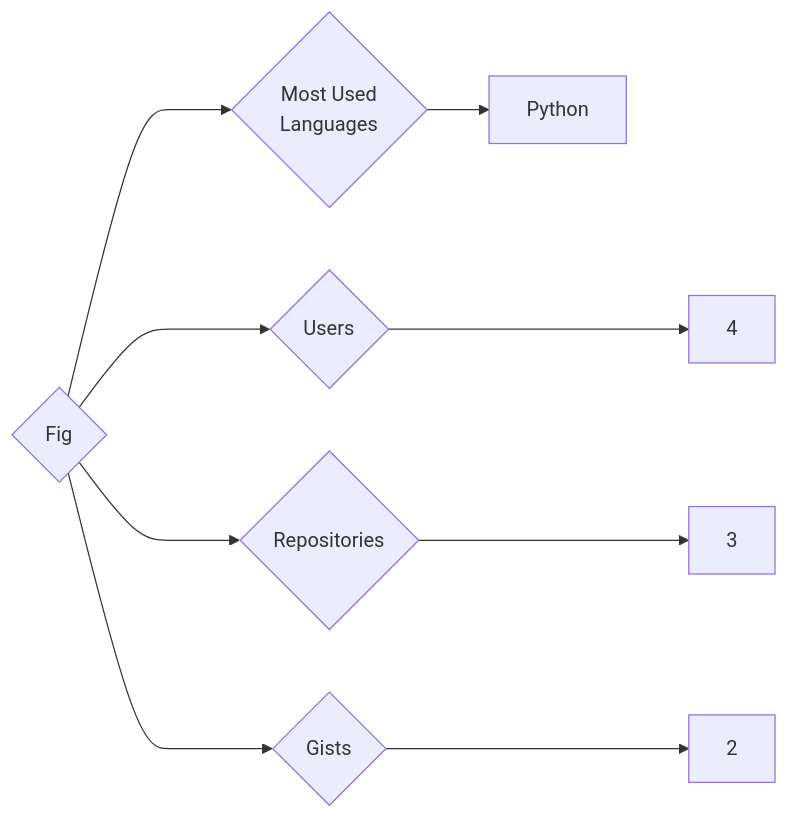
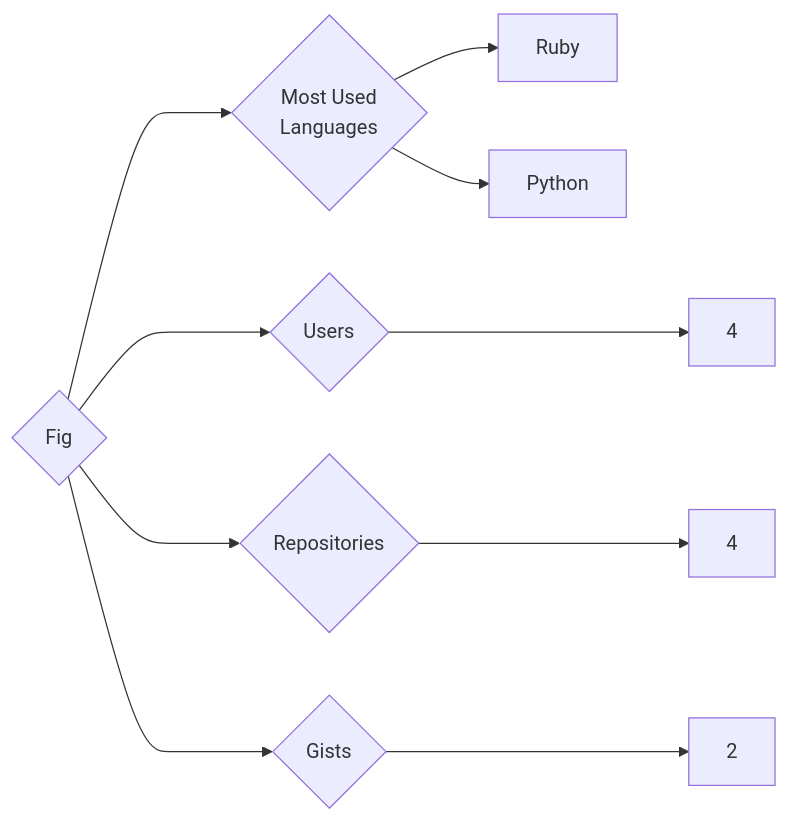
The diagram in targets/Fig/README.md (trickest/insiders), drawn with Mermaid before and after one commit. The commit also changed 1120 other files, not shown here.

````diff
--- a/targets/Fig/README.md
+++ b/targets/Fig/README.md
@@ -3,9 +3,10 @@
 ```mermaid
 graph LR
 COMPANY_NAME{Fig}
 COMPANY_NAME ---> U{Users} ---> UN[4]
-COMPANY_NAME ---> R{Repositories} ---> RN[3]
+COMPANY_NAME ---> R{Repositories} ---> RN[4]
 COMPANY_NAME ---> G{Gists} ---> GN[2]
 COMPANY_NAME ---> ML{Most Used<br>Languages}
+ML --> Ruby[Ruby]
 ML --> Python[Python]
 ```
````
